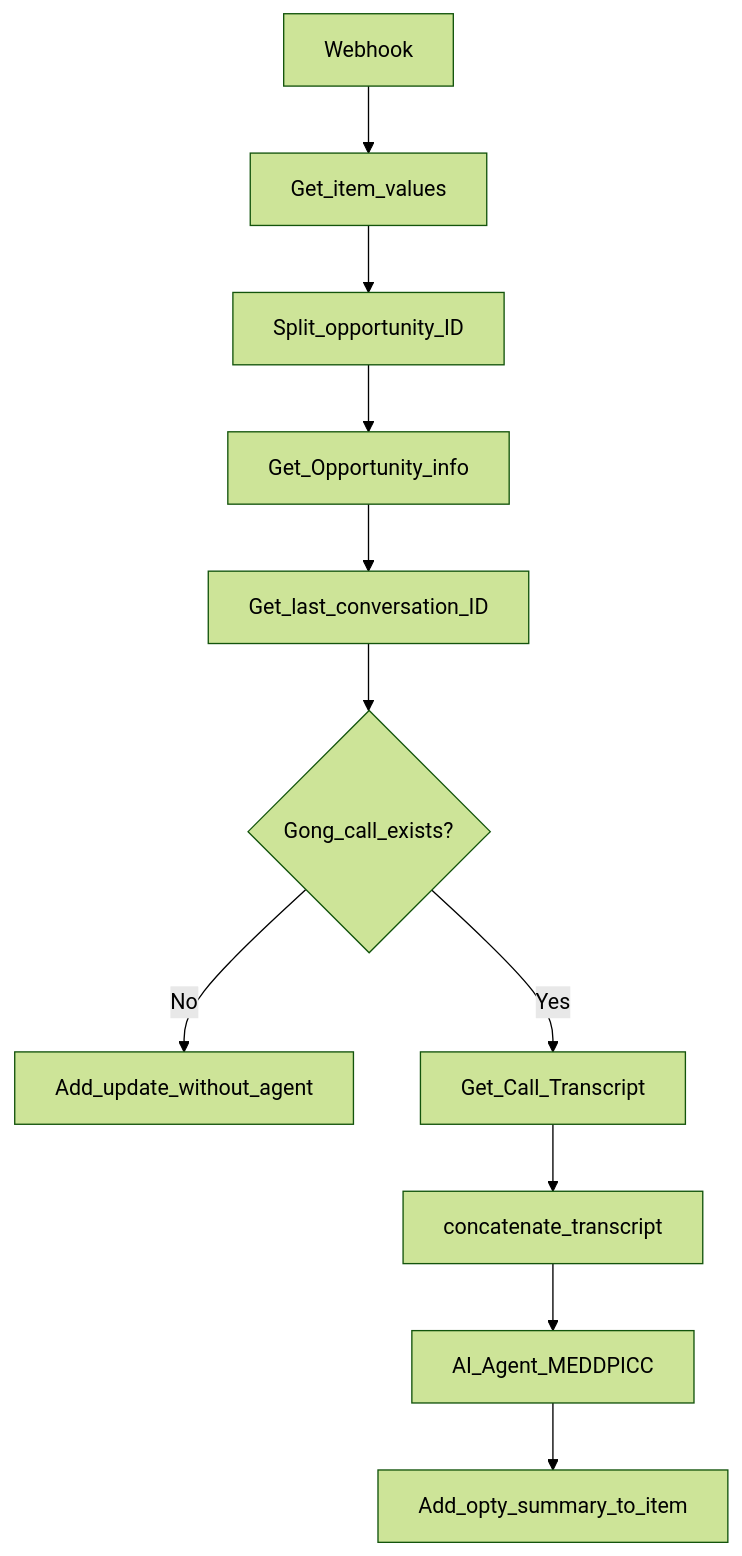
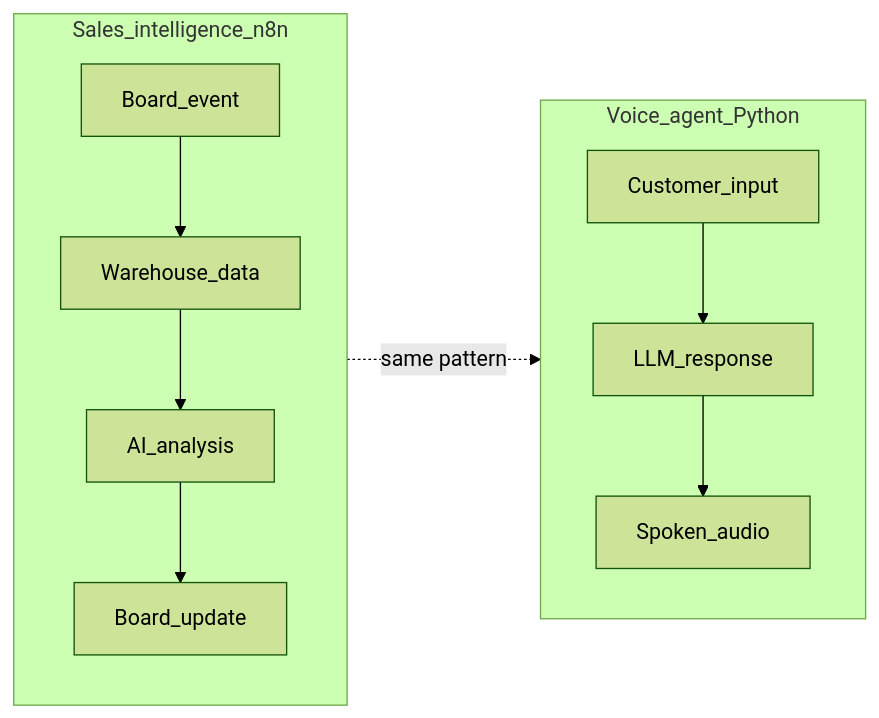
Before and after one commit to marcosdestri/ElevenLabs: the fourth of 4 diagrams in README.md, drawn with Mermaid (forest theme). The commit also changed other lines of this file and 9 other files, not shown here.

````diff
--- a/README.md
+++ b/README.md
@@ -136,13 +319,19 @@
 ```mermaid
-flowchart TD
-  Webhook --> GetItem[Get_item_values]
-  GetItem --> SplitID[Split_opportunity_ID]
-  SplitID --> OppInfo[Get_Opportunity_info]
-  OppInfo --> ConvID[Get_last_conversation_ID]
-  ConvID --> Validate{Gong_call_exists?}
-  Validate -->|No| NoAnalysis[Add_update_without_agent]
-  Validate -->|Yes| Transcript[Get_Call_Transcript]
-  Transcript --> Concat[concatenate_transcript]
-  Concat --> Agent[AI_Agent_MEDDPICC]
-  Agent --> Summary[Add_opty_summary_to_item]
+flowchart LR
+  subgraph track1 [Sales_intelligence_n8n]
+    WH[Board_event]
+    Data[Warehouse_data]
+    AI1[AI_analysis]
+    Out1[Board_update]
+    WH --> Data --> AI1 --> Out1
+  end
+
+  subgraph track2 [Voice_agent_Python]
+    In[Customer_input]
+    AI2[LLM_response]
+    Out2[Spoken_audio]
+    In --> AI2 --> Out2
+  end
+
+  track1 -.->|"same pattern"| track2
 ```
````
